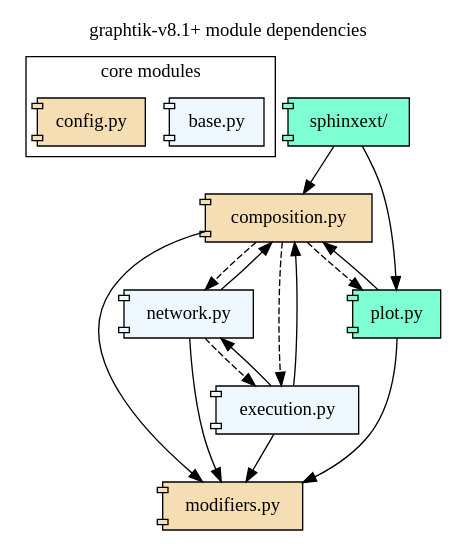
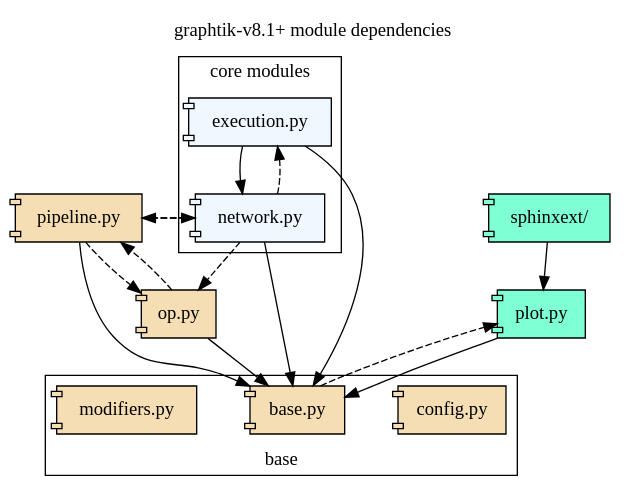
One commit to wgmo/graphtik changed the diagram in docs/GraphtikModuleDependencies.dot. Above: the diagram before and after it, drawn with Graphviz. The commit also changed 2 other files, not shown here.

Commit message:
doc(api): upd module-deps diagram

```diff
--- a/docs/GraphtikModuleDependencies.dot
+++ b/docs/GraphtikModuleDependencies.dot
@@ -1,52 +1,71 @@
 # Render it manually with this command, and remember to update result in git:
 #
 #   dot docs/GraphtikFlowchart.dot -Tsvg -odocs/source/images/GraphtikFlowchart-vX.Y.Z.svg
 #
 digraph {
     label="graphtik-v8.1+ module dependencies";
     labelloc=t;
     node [style=filled];
+    nodesep=0.55;
+    remincross=true;
 
-    subgraph cluster_core {
-         label="core modules";
-         tooltip="most modules depend on them";
-        "base.py"   [shape=component
-                    tooltip="(implicit) everything imports this module, not shown"
-                    fillcolor=AliceBlue
-                    URL="reference.html#module-graphtik.base"];
-        "config.py"      [shape=component tooltip="(public)"
-                    fillcolor=wheat
-                    URL="reference.html#module-graphtik.config"];
-    }
-    "modifiers.py"   [shape=component
-                tooltip="(public) almost everything imports this module"
-                fillcolor=wheat
-                URL="reference.html#module-graphtik.modifiers"];
-    "composition.py"    [shape=component
-                tooltip="(public)"
-                fillcolor=wheat
-                 URL="reference.html#module-graphtik.composition"];
-    "network.py"     [shape=component
-                tooltip="(private)"
-                 fillcolor=AliceBlue
-                 URL="reference.html#module-graphtik.network"];
-    "execution.py"   [shape=component
-                tooltip="(private)"
-                 fillcolor=AliceBlue
-                 URL="reference.html#module-graphtik.execution"];
     "plot.py"        [shape=component
                 tooltip="(extra)"
-                 fillcolor=Aquamarine
-                 URL="reference.html#module-graphtik.plot"];
+                fillcolor=Aquamarine
+                URL="reference.html#module-graphtik.plot"];
     "sphinxext/"   [shape=component
                 tooltip="(extra)"
                  fillcolor=Aquamarine
                  URL="reference.html#module-graphtik.sphinxext"];
 
-    {"composition.py", "network.py", "execution.py", "plot.py"} -> "modifiers.py" [tooltip="(import-time)"];
-    {"network.py", "execution.py", "plot.py", "sphinxext/"} -> "composition.py" [tooltip="(import-time)"];
+    subgraph cluster_base {
+        label="base";
+        labelloc=b;
+        tooltip="almost all other modules depend on these";
+
+        "config.py"      [shape=component tooltip="(public) almost everything import this module"
+                    fillcolor=wheat
+                    URL="reference.html#module-graphtik.config"];
+        "base.py"   [shape=component
+                    tooltip="(implicit) everything imports this module, not shown"
+                    fillcolor=wheat
+                    URL="reference.html#module-graphtik.base"];
+        "modifiers.py"   [shape=component
+                    tooltip="(public) almost everything imports this module"
+                    fillcolor=wheat
+                    URL="reference.html#module-graphtik.modifiers"];
+    }
+
+    "pipeline.py"    [shape=component
+                tooltip="(public)"
+                fillcolor=wheat
+                 URL="reference.html#module-graphtik.pipeline"];
+    "op.py"    [shape=component
+                tooltip="(public)"
+                fillcolor=wheat
+                 URL="reference.html#module-graphtik.op"];
+
+    subgraph cluster_network {
+        label="core modules";
+        tooltip="related to graph solution";
+        URL="arch.html#term-execution";
+
+        "execution.py"   [shape=component
+                    tooltip="(private)"
+                    fillcolor=AliceBlue
+                    URL="reference.html#module-graphtik.execution"];
+        "network.py"     [shape=component
+                    tooltip="(private)"
+                    fillcolor=AliceBlue
+                    URL="reference.html#module-graphtik.network"];
+    }
+
+    {"op.py", "pipeline.py", "network.py", "execution.py", "plot.py"} -> "base.py" [tooltip="(import-time)"];
+    "base.py" -> "plot.py"                      [tooltip="(run-time)" style=dashed];
     "execution.py" -> "network.py"    [tooltip="(import-time)"];
-    "network.py" -> "execution.py"    [tooltip="(run-time)" style=dashed];
-    "composition.py" -> {"network.py", "execution.py", "plot.py"}       [tooltip="(run-time)" style=dashed];
-    "sphinxext/" -> "plot.py"    [tooltip="(import-time)"];
+    "network.py" -> {"op.py", "pipeline.py", "execution.py"}    [tooltip="(run-time)" style=dashed];
+    "op.py" -> "pipeline.py"    [style=dashed
+                                 tooltip="(run-time) for plotting"];
+    "pipeline.py" -> {"op.py", "network.py"}    [tooltip="(run-time)" style=dashed];
+    "sphinxext/" -> "plot.py"                   [tooltip="(import-time)"];
 }
```
